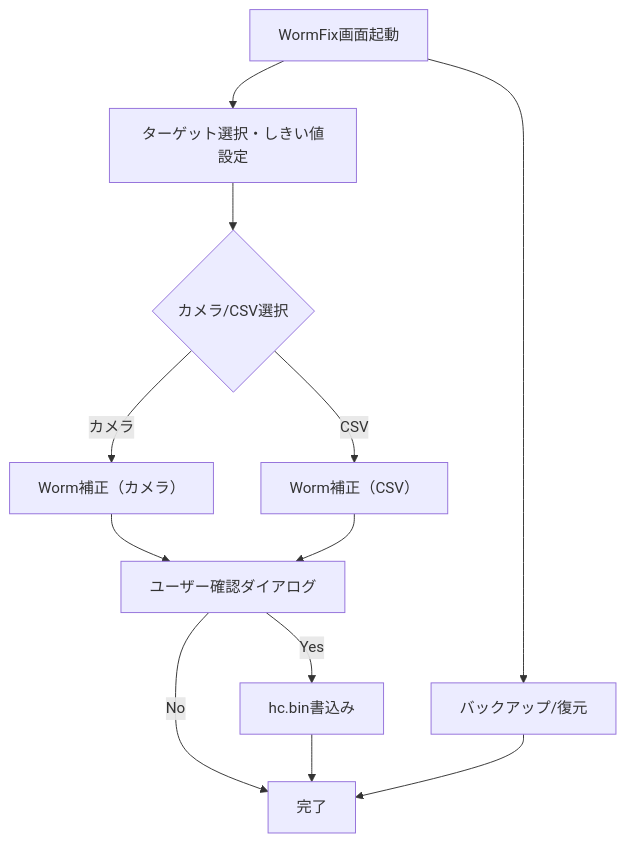
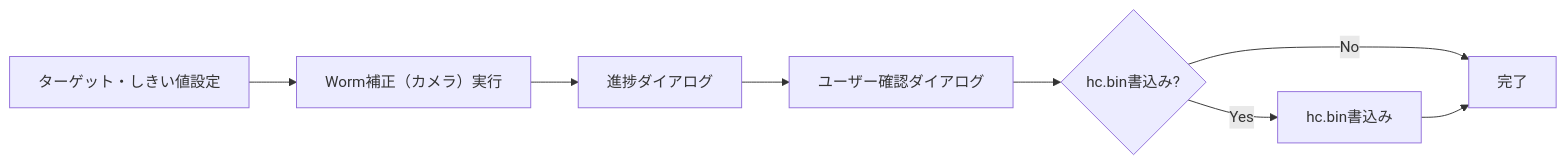
One commit to HottaTakayuki/ColorAlignmentSoftware changed the fifth of 7 diagrams in docs/02-03.WormFix/WormFix_基本設計書.md. Above: the diagram before and after it, drawn with Mermaid. The commit also changed other lines of this file and 8 other files, not shown here.

````diff
--- a/docs/02-03.WormFix/WormFix_基本設計書.md
+++ b/docs/02-03.WormFix/WormFix_基本設計書.md
@@ -245,15 +204,10 @@
 ```mermaid
-flowchart TD
-    Start[WormFix画面起動]
-    Start --> Target[ターゲット選択・しきい値設定]
-    Target --> Mode{カメラ/CSV選択}
-    Mode -->|カメラ| CamAdj[Worm補正（カメラ）]
-    Mode -->|CSV| CsvAdj[Worm補正（CSV）]
-    CamAdj --> Confirm[ユーザー確認ダイアログ]
-    CsvAdj --> Confirm
-    Confirm -->|Yes| Write[hc.bin書込み]
-    Confirm -->|No| End[完了]
-    Write --> End
-    Start --> Backup[バックアップ/復元]
-    Backup --> End
+flowchart LR
+    A[ターゲット・しきい値設定] --> B[Worm補正（カメラ）実行]
+    B --> C[進捗ダイアログ]
+    C --> D[ユーザー確認ダイアログ]
+    D --> E{hc.bin書込み?}
+    E -- Yes --> F[hc.bin書込み]
+    E -- No --> G[完了]
+    F --> G
 ```
````
